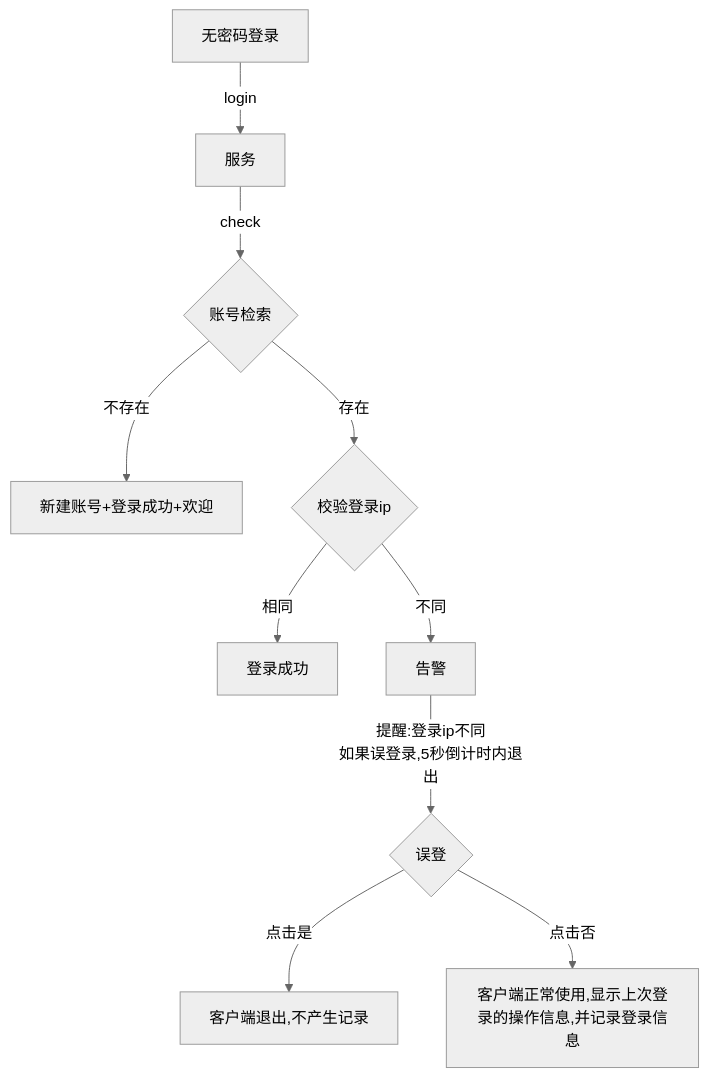
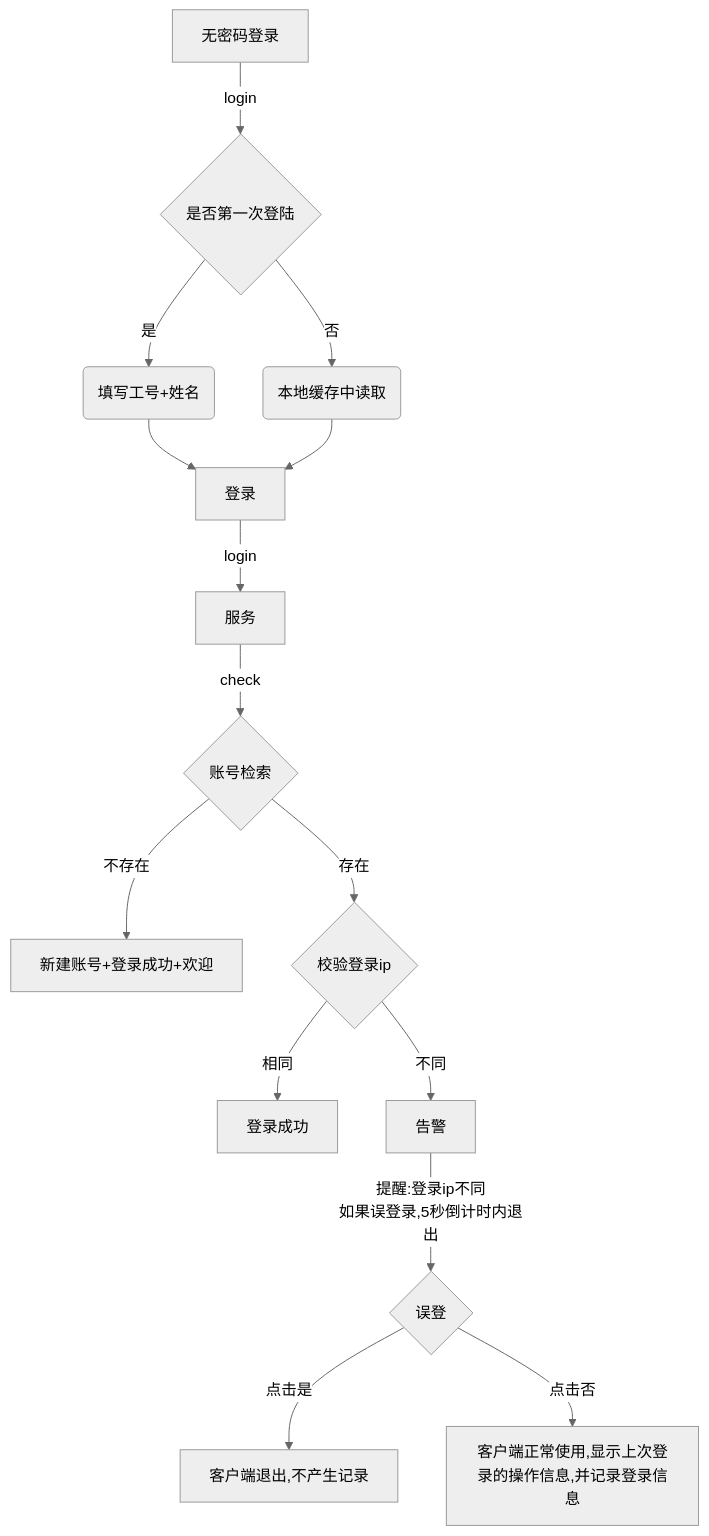
The diagram in README.md (minchieh2014/TaskTalk), drawn with Mermaid (neutral theme) before and after one commit.

Commit message:
modify login graph

````diff
--- a/README.md
+++ b/README.md
@@ -113,12 +113,17 @@
    ```mermaid
       graph TD
-      无密码登录-->|login|服务
+      无密码登录-->|login|a{是否第一次登陆}
+      a-->|是|b(填写工号+姓名)
+      a-->|否|b1(本地缓存中读取)
+      b-->登录
+      b1-->登录
+      登录-->|login|服务
       服务-->|check|c{账号检索}
       c-->|不存在|新建账号+登录成功+欢迎
       c-->|存在|d{校验登录ip}
       d-->|相同|登录成功
       d-->|不同|告警
       告警-->|提醒:登录ip不同</br>如果误登录,5秒倒计时内退出|e{误登}
       e-->|点击是|客户端退出,不产生记录
       e-->|点击否|客户端正常使用,显示上次登录的操作信息,并记录登录信息
    ```
````
